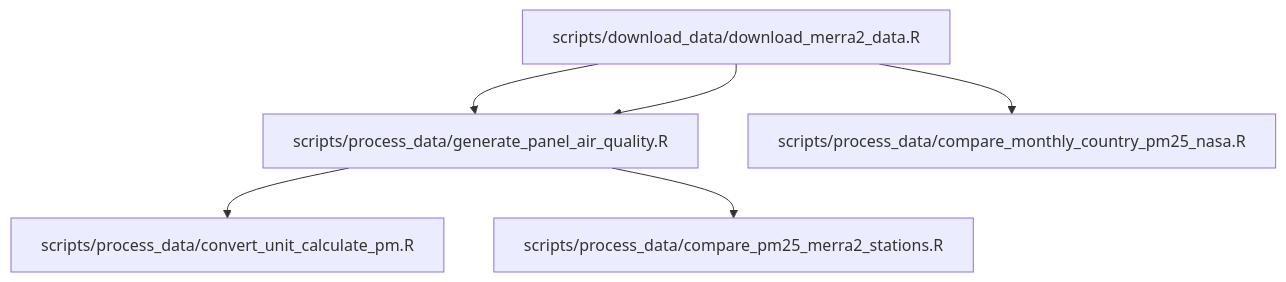
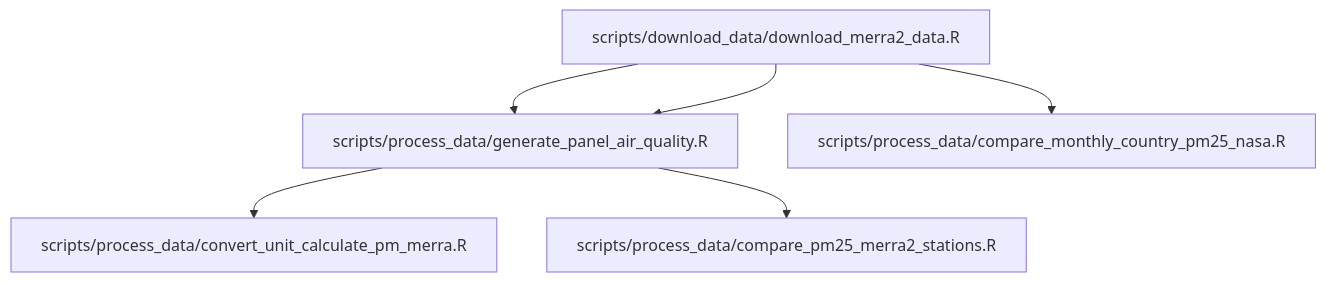
Before and after one commit to correia-marcos/air_quality: the diagram in README.md, drawn with Mermaid. The commit also changed other lines of this file and 11 other files, not shown here.

````diff
--- a/README.md
+++ b/README.md
@@ -231,12 +230,12 @@
 ```mermaid
 flowchart TD
   DL["scripts/download_data/download_merra2_data.R"]
   GP["scripts/process_data/generate_panel_air_quality.R"]
-  CU["scripts/process_data/convert_unit_calculate_pm.R"]
+  CU["scripts/process_data/convert_unit_calculate_pm_merra.R"]
   CS["scripts/process_data/compare_pm25_merra2_stations.R"]
   CM["scripts/process_data/compare_monthly_country_pm25_nasa.R"]
 
   DL --> GP --> CU
   DL --> GP --> CS
   DL --> CM
 ```
````
